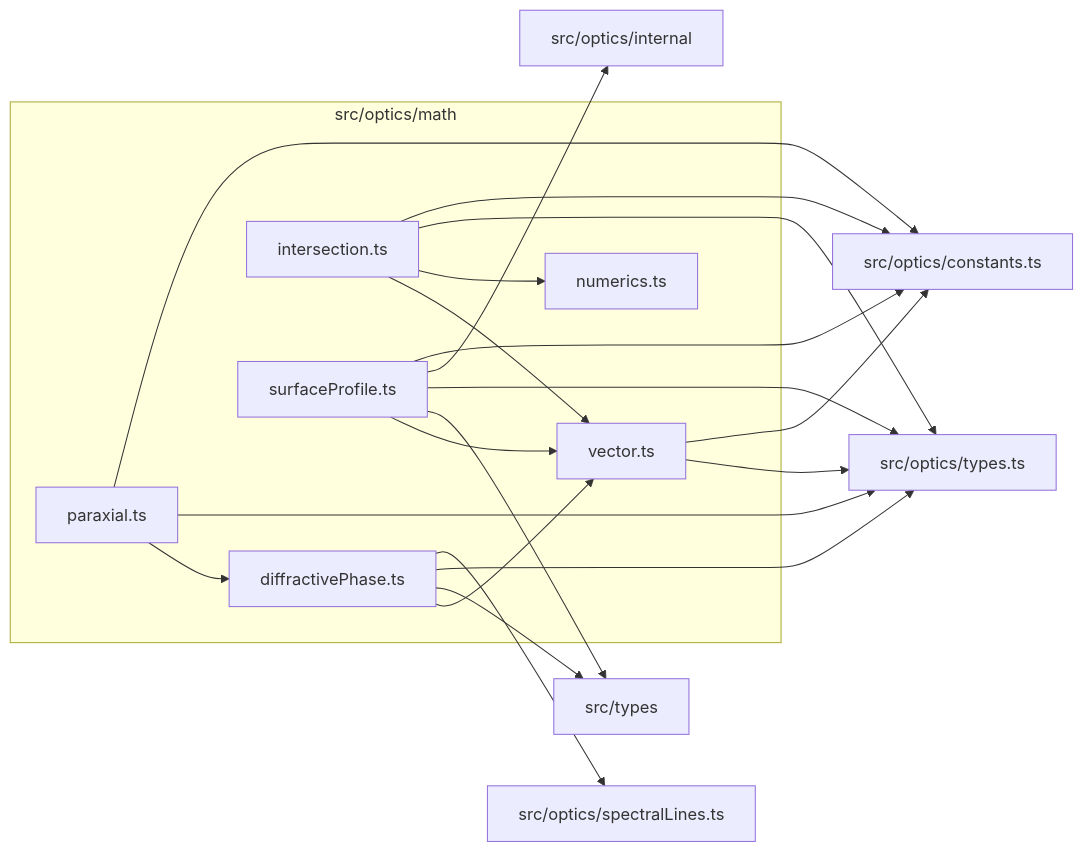
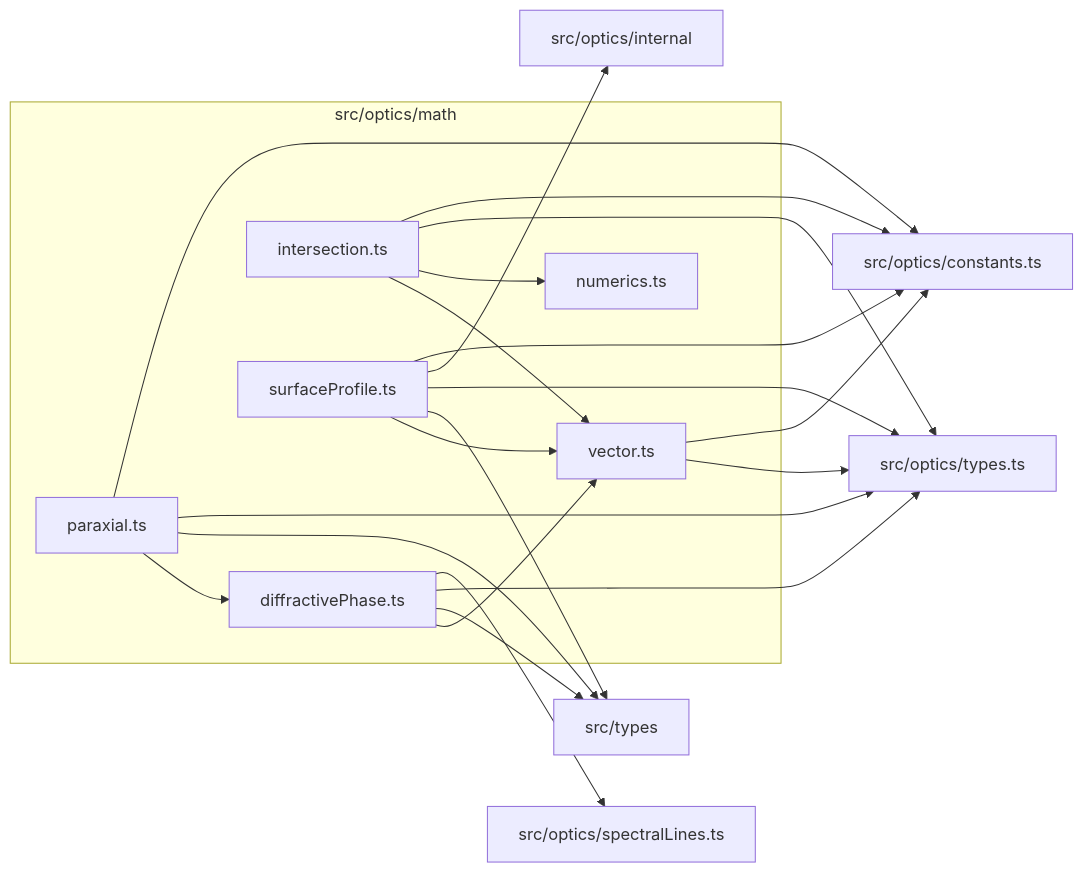
Before and after one commit to ronbuening/LensVisualizer: the diagram in src/optics/math/readme.md, drawn with Mermaid. The commit also changed other lines of this file and 7 other files, not shown here.

````diff
--- a/src/optics/math/readme.md
+++ b/src/optics/math/readme.md
@@ -9,34 +9,35 @@
 ```mermaid
 flowchart LR
   subgraph n_src_optics_math["src/optics/math"]
     n_src_optics_math_src_optics_math_diffractivePhase_ts["diffractivePhase.ts"]
     n_src_optics_math_src_optics_math_intersection_ts["intersection.ts"]
     n_src_optics_math_src_optics_math_numerics_ts["numerics.ts"]
     n_src_optics_math_src_optics_math_paraxial_ts["paraxial.ts"]
     n_src_optics_math_src_optics_math_surfaceProfile_ts["surfaceProfile.ts"]
     n_src_optics_math_src_optics_math_vector_ts["vector.ts"]
   end
   n_external_src_optics_constants_ts["src/optics/constants.ts"]
   n_external_src_optics_internal["src/optics/internal"]
   n_external_src_optics_spectralLines_ts["src/optics/spectralLines.ts"]
   n_external_src_optics_types_ts["src/optics/types.ts"]
   n_external_src_types["src/types"]
   n_src_optics_math_src_optics_math_intersection_ts --> n_external_src_optics_constants_ts
   n_src_optics_math_src_optics_math_paraxial_ts --> n_external_src_optics_constants_ts
   n_src_optics_math_src_optics_math_surfaceProfile_ts --> n_external_src_optics_constants_ts
   n_src_optics_math_src_optics_math_vector_ts --> n_external_src_optics_constants_ts
   n_src_optics_math_src_optics_math_surfaceProfile_ts --> n_external_src_optics_internal
   n_src_optics_math_src_optics_math_diffractivePhase_ts --> n_external_src_optics_spectralLines_ts
   n_src_optics_math_src_optics_math_diffractivePhase_ts --> n_external_src_optics_types_ts
   n_src_optics_math_src_optics_math_intersection_ts --> n_external_src_optics_types_ts
   n_src_optics_math_src_optics_math_paraxial_ts --> n_external_src_optics_types_ts
   n_src_optics_math_src_optics_math_surfaceProfile_ts --> n_external_src_optics_types_ts
   n_src_optics_math_src_optics_math_vector_ts --> n_external_src_optics_types_ts
   n_src_optics_math_src_optics_math_diffractivePhase_ts --> n_external_src_types
+  n_src_optics_math_src_optics_math_paraxial_ts --> n_external_src_types
   n_src_optics_math_src_optics_math_surfaceProfile_ts --> n_external_src_types
   n_src_optics_math_src_optics_math_paraxial_ts --> n_src_optics_math_src_optics_math_diffractivePhase_ts
   n_src_optics_math_src_optics_math_intersection_ts --> n_src_optics_math_src_optics_math_numerics_ts
   n_src_optics_math_src_optics_math_diffractivePhase_ts --> n_src_optics_math_src_optics_math_vector_ts
   n_src_optics_math_src_optics_math_intersection_ts --> n_src_optics_math_src_optics_math_vector_ts
   n_src_optics_math_src_optics_math_surfaceProfile_ts --> n_src_optics_math_src_optics_math_vector_ts
 ```
````
